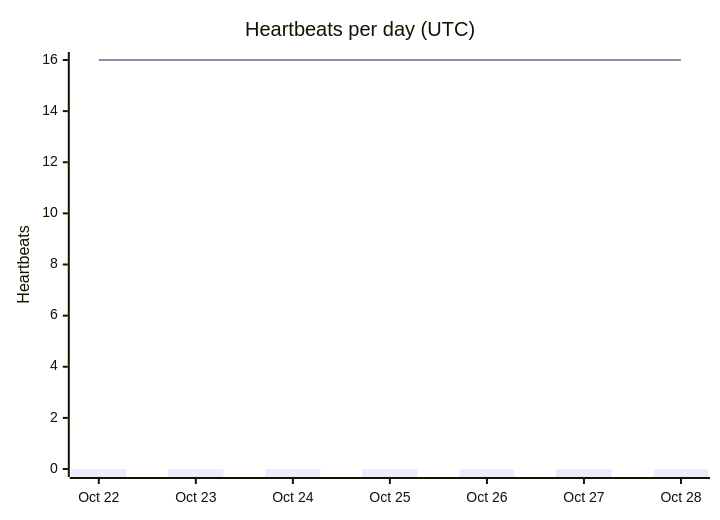
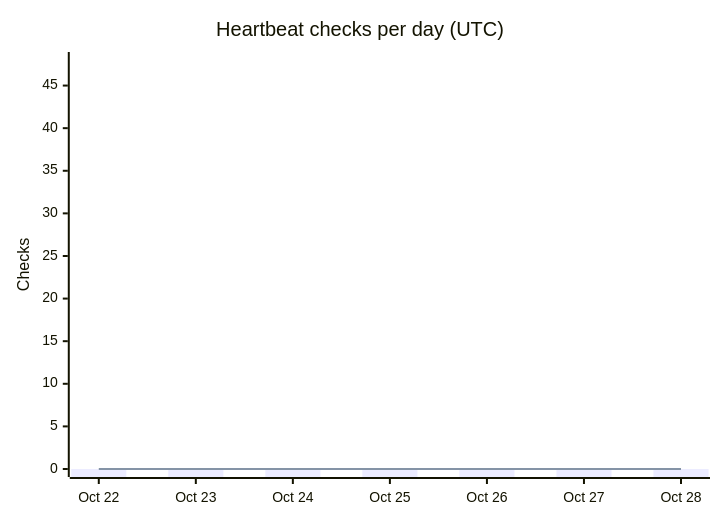
The first of 4 diagrams in agent-sandbox/drive/01 Shared Memory/Heartbeat Dashboard.md (KwameNeutron/BULWARK), drawn with Mermaid before and after one commit. The commit also changed other lines of this file and 4 other files, not shown here.

````diff
--- a/agent-sandbox/drive/01 Shared Memory/Heartbeat Dashboard.md
+++ b/agent-sandbox/drive/01 Shared Memory/Heartbeat Dashboard.md
@@ -58,8 +60,8 @@
 ```mermaid
 xychart-beta
-  title "Heartbeats per day (UTC)"
+  title "Heartbeat checks per day (UTC)"
   x-axis ["Oct 22", "Oct 23", "Oct 24", "Oct 25", "Oct 26", "Oct 27", "Oct 28"]
-  y-axis "Heartbeats" 0 --> 16
+  y-axis "Checks" 0 --> 48
   bar [0, 0, 0, 0, 0, 0, 0]
-  line [16, 16, 16, 16, 16, 16, 16]
+  line [0, 0, 0, 0, 0, 0, 0]
 ```
````
